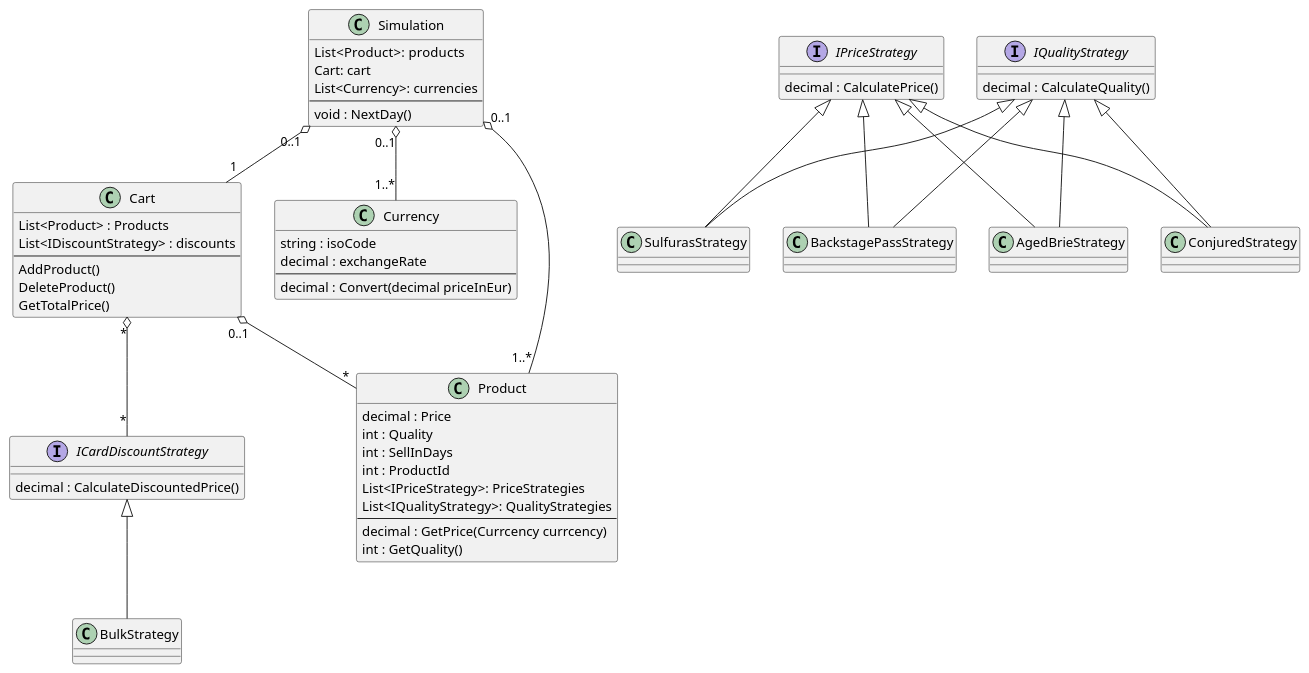
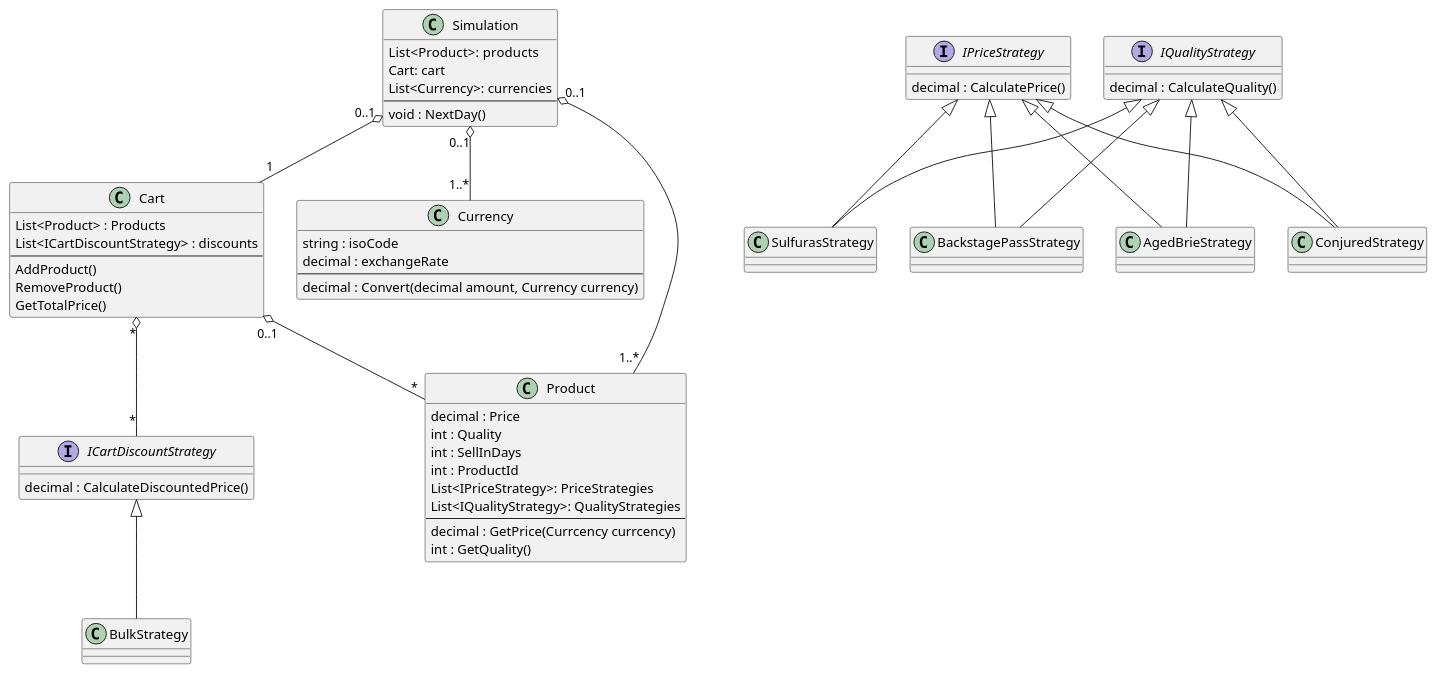
The diagram in class diagram.plantuml (helloplayer1/GildedRose), drawn with PlantUML before and after one commit. The commit also changed 23 other files, not shown here.

```diff
--- a/class diagram.plantuml
+++ b/class diagram.plantuml
@@ -1,76 +1,76 @@
 @startuml
 
 class Simulation {
   List<Product>:  products
   Cart: cart
   List<Currency>: currencies
   ---
   void : NextDay()
 }
 
 class Cart {
   List<Product> : Products
-  List<IDiscountStrategy> : discounts
+  List<ICartDiscountStrategy> : discounts
   ---
   AddProduct()
-  DeleteProduct()
+  RemoveProduct()
   GetTotalPrice()
 }
 
 
 class Currency {
   string : isoCode
   decimal : exchangeRate
   ---
-  decimal : Convert(decimal priceInEur)
+  decimal : Convert(decimal amount, Currency currency)
 }
 
 class Product {
   decimal : Price
   int : Quality
   int : SellInDays
   int : ProductId
   List<IPriceStrategy>: PriceStrategies
   List<IQualityStrategy>: QualityStrategies
   ---
   decimal : GetPrice(Currcency currcency)
   int : GetQuality()
 }
 
 interface IPriceStrategy {
   decimal : CalculatePrice()  
 }
 
-interface ICardDiscountStrategy {
+interface ICartDiscountStrategy {
   decimal : CalculateDiscountedPrice()  
 }
 
 interface IQualityStrategy {
   decimal : CalculateQuality()  
 }
 
 class BulkStrategy
 class AgedBrieStrategy
 class ConjuredStrategy
 class SulfurasStrategy
 class BackstagePassStrategy
 
 IPriceStrategy <|-- AgedBrieStrategy
 IQualityStrategy <|-- AgedBrieStrategy
 IPriceStrategy <|-- ConjuredStrategy
 IQualityStrategy <|-- ConjuredStrategy
 IPriceStrategy <|-- SulfurasStrategy
 IQualityStrategy <|-- SulfurasStrategy
 IPriceStrategy <|-- BackstagePassStrategy
 IQualityStrategy <|-- BackstagePassStrategy
 
-ICardDiscountStrategy <|-- BulkStrategy
+ICartDiscountStrategy <|-- BulkStrategy
 
 Cart "0..1" o-- "*" Product
-Cart "*" o-- "*" ICardDiscountStrategy 
+Cart "*" o-- "*" ICartDiscountStrategy 
 
 Simulation "0..1" o-- "1..*" Product
 Simulation "0..1" o-- "1" Cart
 Simulation "0..1" o-- "1..*" Currency
 
 @enduml
```
